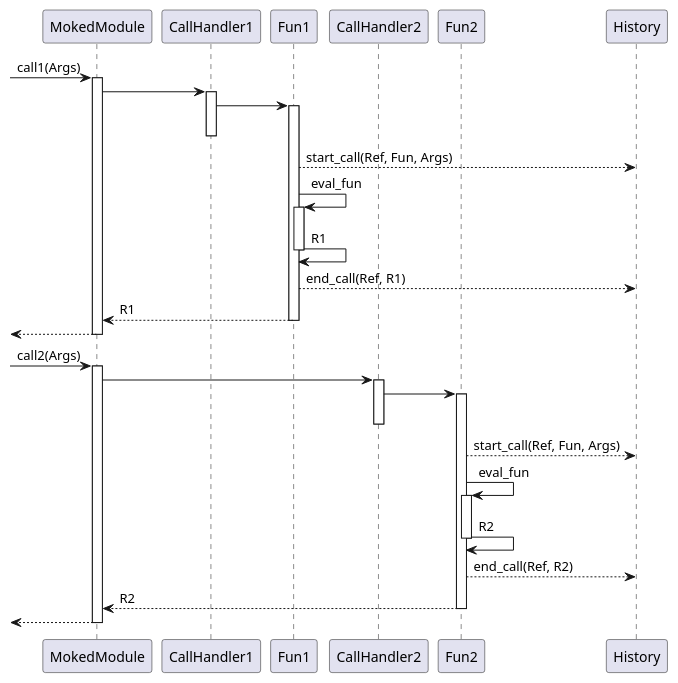
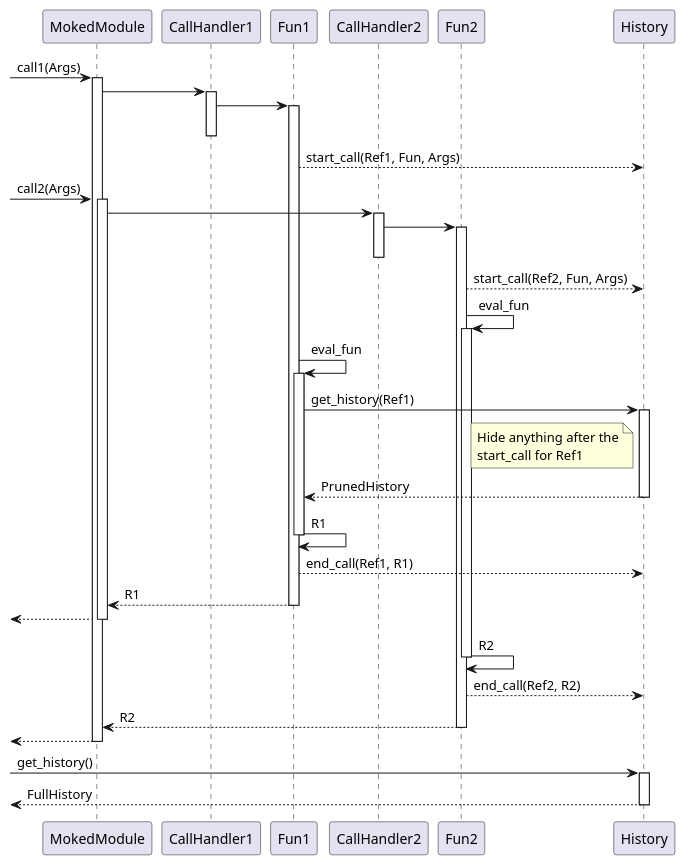
One commit to samuelrivas/moka changed the diagram in doc/design/history_sequence.puml. Above: the diagram before and after it, drawn with PlantUML.

Commit message:
DOC sequence for get_history calls
Two different cases:
  * Calls from behaviour funs are pruned up to they start mark
  * Calls from the test case contain the full history

```diff
--- a/doc/design/history_sequence.puml
+++ b/doc/design/history_sequence.puml
@@ -1,46 +1,58 @@
 @startuml
 
 Participant MokedModule
 Participant CallHandler1
 Participant Fun1
 Participant CallHandler2
 Participant Fun2
 Participant History
 
                 [-> MokedModule         : call1(Args)
 Activate            MokedModule
 MokedModule      -> CallHandler1
 Activate            CallHandler1
 CallHandler1     -> Fun1
 Activate	    Fun1
 Deactivate          CallHandler1
-Fun1            --> History             : start_call(Ref, Fun, Args)
-Fun1		 -> Fun1                : eval_fun
-Activate            Fun1
-Fun1		 -> Fun1                : R1
-Deactivate          Fun1
-Fun1		--> History             : end_call(Ref, R1)
-Fun1		--> MokedModule         : R1
-Deactivate          Fun1
-               [<-- MokedModule
-Deactivate          MokedModule
+Fun1            --> History             : start_call(Ref1, Fun, Args)
 
                 [-> MokedModule         : call2(Args)
 Activate            MokedModule
 MokedModule      -> CallHandler2
 Activate            CallHandler2
 CallHandler2     -> Fun2
 Activate	    Fun2
 Deactivate          CallHandler2
-Fun2            --> History             : start_call(Ref, Fun, Args)
+Fun2            --> History             : start_call(Ref2, Fun, Args)
 Fun2		 -> Fun2                : eval_fun
 Activate            Fun2
+
+Fun1		 -> Fun1                : eval_fun
+Activate            Fun1
+Fun1             -> History             : get_history(Ref1)
+Activate            History
+Note left of History                    : Hide anything after the\nstart_call for Ref1
+History         --> Fun1                : PrunedHistory
+Deactivate          History
+Fun1		 -> Fun1                : R1
+Deactivate          Fun1
+Fun1		--> History             : end_call(Ref1, R1)
+Fun1		--> MokedModule         : R1
+Deactivate          Fun1
+               [<-- MokedModule
+Deactivate          MokedModule
+
 Fun2		 -> Fun2                : R2
 Deactivate          Fun2
-Fun2		--> History             : end_call(Ref, R2)
+Fun2		--> History             : end_call(Ref2, R2)
 Fun2		--> MokedModule         : R2
 Deactivate          Fun2
                [<-- MokedModule
 Deactivate          MokedModule
 
+                [-> History             : get_history()
+Activate            History
+               [<-- History             : FullHistory
+Deactivate          History
+
 @enduml
```
